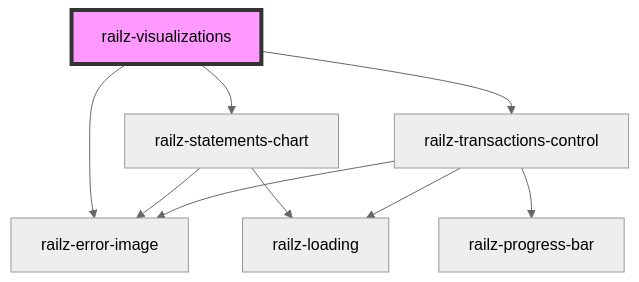
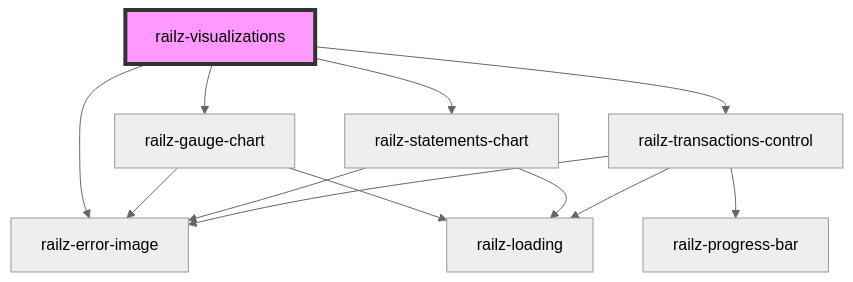
One commit to railz-ai/railz-visualizations changed the diagram in packages/components/src/elements/core/readme.md. Above: the diagram before and after it, drawn with Mermaid (neutral theme). The commit also changed other lines of this file and 25 other files, not shown here.

````diff
--- a/packages/components/src/elements/core/readme.md
+++ b/packages/components/src/elements/core/readme.md
@@ -23,12 +24,15 @@
 ```mermaid
 graph TD;
   railz-visualizations --> railz-error-image
+  railz-visualizations --> railz-gauge-chart
   railz-visualizations --> railz-statements-chart
   railz-visualizations --> railz-transactions-control
+  railz-gauge-chart --> railz-error-image
+  railz-gauge-chart --> railz-loading
   railz-statements-chart --> railz-error-image
   railz-statements-chart --> railz-loading
   railz-transactions-control --> railz-error-image
   railz-transactions-control --> railz-loading
   railz-transactions-control --> railz-progress-bar
   style railz-visualizations fill:#f9f,stroke:#333,stroke-width:4px
 ```
````
